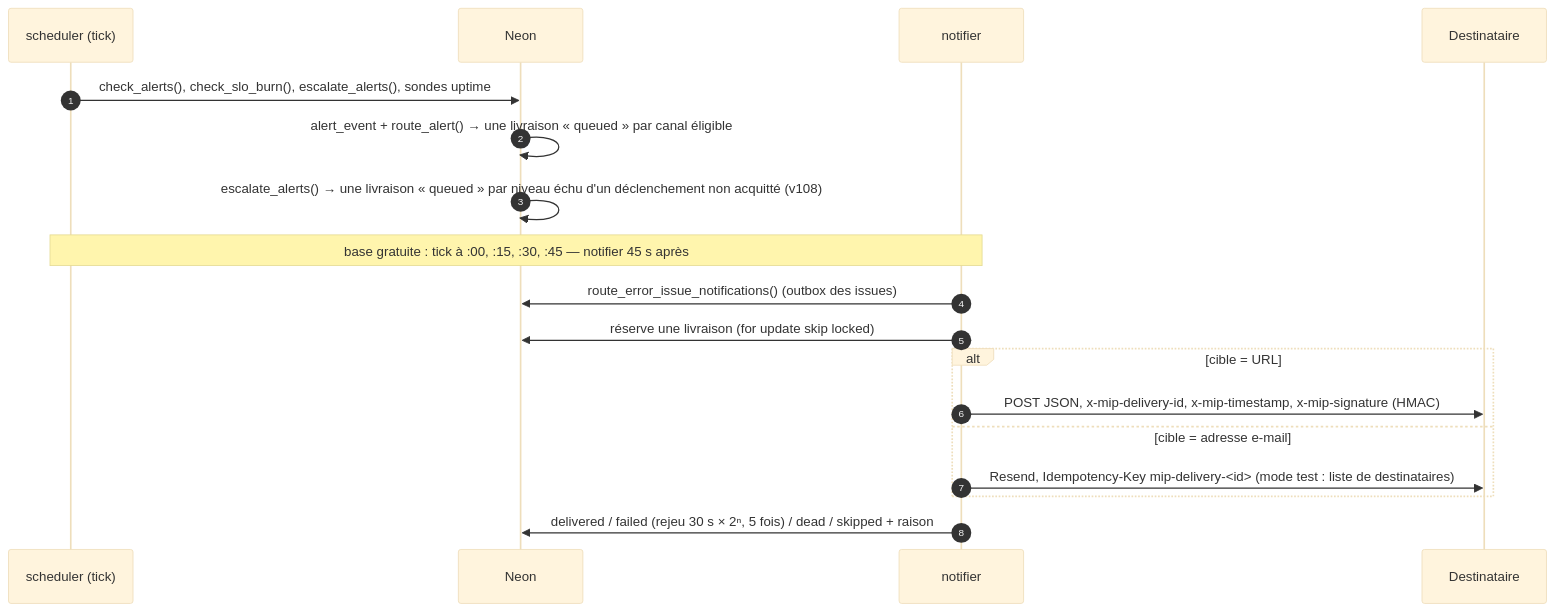
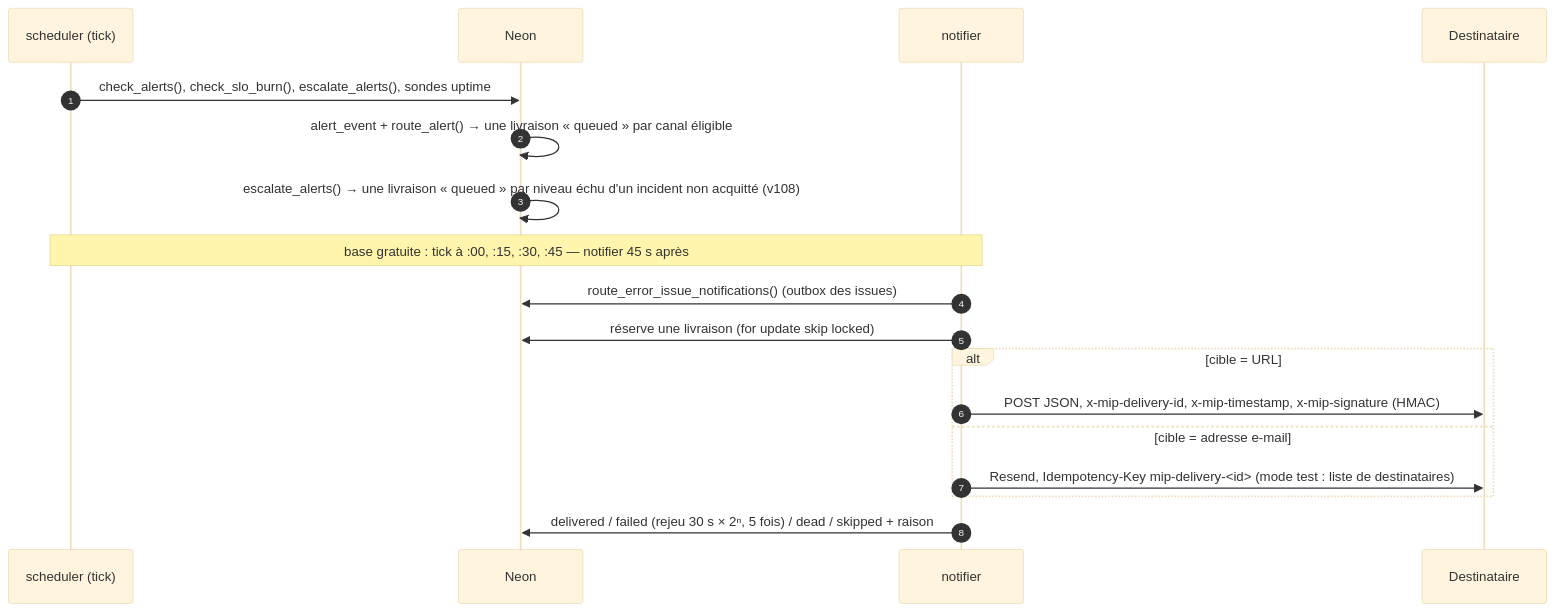
One commit to jt33120/poc-MIP_RUM changed the third of 3 diagrams in docs/architecture/data-flow.md. Above: the diagram before and after it, drawn with Mermaid (base theme). The commit also changed other lines of this file and 15 other files, not shown here.

````diff
--- a/docs/architecture/data-flow.md
+++ b/docs/architecture/data-flow.md
@@ -73,20 +73,20 @@
 ```mermaid
 sequenceDiagram
   autonumber
   participant S as scheduler (tick)
   participant B as Neon
   participant L as notifier
   participant D as Destinataire
   S->>B: check_alerts(), check_slo_burn(), escalate_alerts(), sondes uptime
   B->>B: alert_event + route_alert() → une livraison « queued » par canal éligible
-  B->>B: escalate_alerts() → une livraison « queued » par niveau échu d'un déclenchement non acquitté (v108)
+  B->>B: escalate_alerts() → une livraison « queued » par niveau échu d'un incident non acquitté (v108)
   Note over S,L: base gratuite : tick à :00, :15, :30, :45 — notifier 45 s après
   L->>B: route_error_issue_notifications() (outbox des issues)
   L->>B: réserve une livraison (for update skip locked)
   alt cible = URL
     L->>D: POST JSON, x-mip-delivery-id, x-mip-timestamp, x-mip-signature (HMAC)
   else cible = adresse e-mail
     L->>D: Resend, Idempotency-Key mip-delivery-<id> (mode test : liste de destinataires)
   end
   L->>B: delivered / failed (rejeu 30 s × 2ⁿ, 5 fois) / dead / skipped + raison
 ```
````
